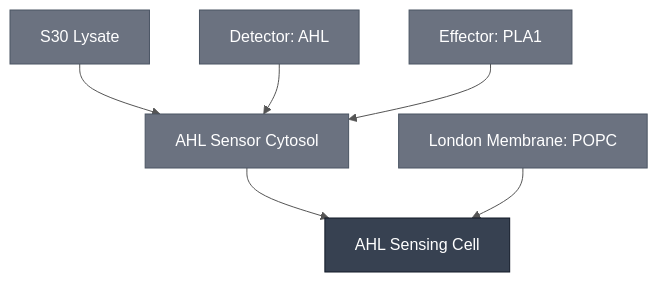
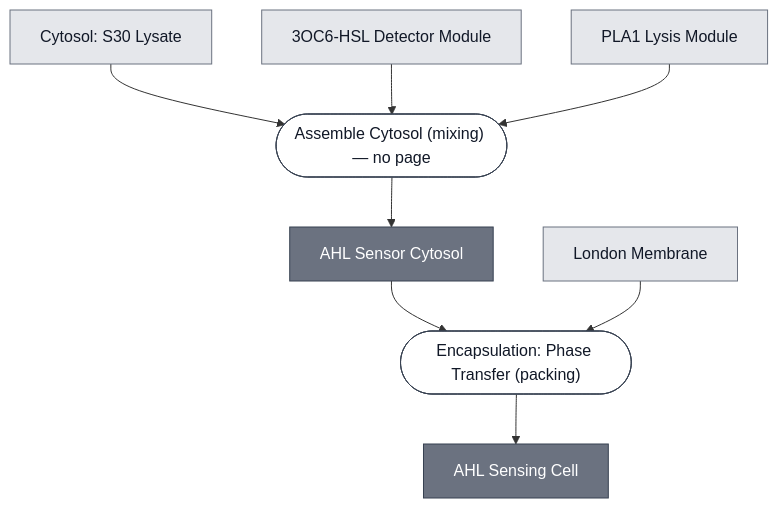
One commit to nucleus-eng/nucleus-docs changed the diagram in docs/modules/ahl-sensing-cell/spec.md. Above: the diagram before and after it, drawn with Mermaid. The commit also changed 5 other files, not shown here.

First line of the commit message:
Give the three London modules composition sources

````diff
--- a/docs/modules/ahl-sensing-cell/spec.md
+++ b/docs/modules/ahl-sensing-cell/spec.md
@@ -25,28 +25,37 @@
 ```mermaid
-%%{init: {'theme': 'base', 'themeVariables': {'lineColor': '#555555', 'edgeLabelBackground': '#ffffff'}}}%%
 flowchart TD
+    S30_LYSATE["Cytosol: S30 Lysate"]
+    DETECTOR_3OC6_HSL["3OC6-HSL Detector Module"]
+    EFFECTOR_PLA1["PLA1 Lysis Module"]
+    MEMBRANE_POPC["London Membrane"]
+
+    P1_ASSEMBLE_CYTOSOL_0(["Assemble Cytosol (mixing) — no page"])
+    AHL_SENSOR_CYTOSOL["AHL Sensor Cytosol"]
+    P2_ENCAPSULATE_0(["Encapsulation: Phase Transfer (packing)"])
     AHL_SENSING_CELL["AHL Sensing Cell"]
-    AHL_SENSOR_CYTOSOL["AHL Sensor Cytosol"]
-    DETECTOR_3OC6_HSL["Detector: AHL"]
-    EFFECTOR_PLA1["Effector: PLA1"]
-    MEMBRANE_POPC["London Membrane: POPC"]
-    S30_LYSATE["S30 Lysate"]
 
-    AHL_SENSOR_CYTOSOL --> AHL_SENSING_CELL
-    MEMBRANE_POPC --> AHL_SENSING_CELL
-    S30_LYSATE --> AHL_SENSOR_CYTOSOL
-    DETECTOR_3OC6_HSL --> AHL_SENSOR_CYTOSOL
-    EFFECTOR_PLA1 --> AHL_SENSOR_CYTOSOL
+    S30_LYSATE --> P1_ASSEMBLE_CYTOSOL_0
+    DETECTOR_3OC6_HSL --> P1_ASSEMBLE_CYTOSOL_0
+    EFFECTOR_PLA1 --> P1_ASSEMBLE_CYTOSOL_0
+    P1_ASSEMBLE_CYTOSOL_0 --> AHL_SENSOR_CYTOSOL
 
-    classDef constituent fill:#6B7280,color:#ffffff,stroke:#4B5563;
-    classDef this fill:#374151,color:#ffffff,stroke:#111827;
-    class AHL_SENSOR_CYTOSOL,DETECTOR_3OC6_HSL,EFFECTOR_PLA1,MEMBRANE_POPC,S30_LYSATE constituent;
-    class AHL_SENSING_CELL this;
+    AHL_SENSOR_CYTOSOL --> P2_ENCAPSULATE_0
+    MEMBRANE_POPC --> P2_ENCAPSULATE_0
+    P2_ENCAPSULATE_0 --> AHL_SENSING_CELL
 
-    click AHL_SENSING_CELL "/docs/modules/ahl-sensing-cell/spec"
-    click AHL_SENSOR_CYTOSOL "/docs/modules/ahl-sensor-cytosol/spec"
+
+    classDef leaf     fill:#e5e7eb,stroke:#6b7280,color:#111827;
+    classDef composed fill:#6b7280,stroke:#374151,color:#ffffff;
+    classDef process  fill:#ffffff,stroke:#374151,color:#111827;
+    class S30_LYSATE,DETECTOR_3OC6_HSL,EFFECTOR_PLA1,MEMBRANE_POPC leaf;
+    class AHL_SENSOR_CYTOSOL,AHL_SENSING_CELL composed;
+    class P1_ASSEMBLE_CYTOSOL_0,P2_ENCAPSULATE_0 process;
+
+    click S30_LYSATE "/docs/modules/s30-lysate/spec"
     click DETECTOR_3OC6_HSL "/docs/modules/detector-3oc6-hsl/spec"
     click EFFECTOR_PLA1 "/docs/modules/effector-pla1/spec"
     click MEMBRANE_POPC "/docs/modules/membrane-popc/spec"
-    click S30_LYSATE "/docs/modules/s30-lysate/spec"
+    click AHL_SENSOR_CYTOSOL "/docs/modules/ahl-sensor-cytosol/spec"
+    click P2_ENCAPSULATE_0 "/docs/processes/assemble-base-cell/main"
+    click AHL_SENSING_CELL "/docs/modules/ahl-sensing-cell/spec"
 ```
````
